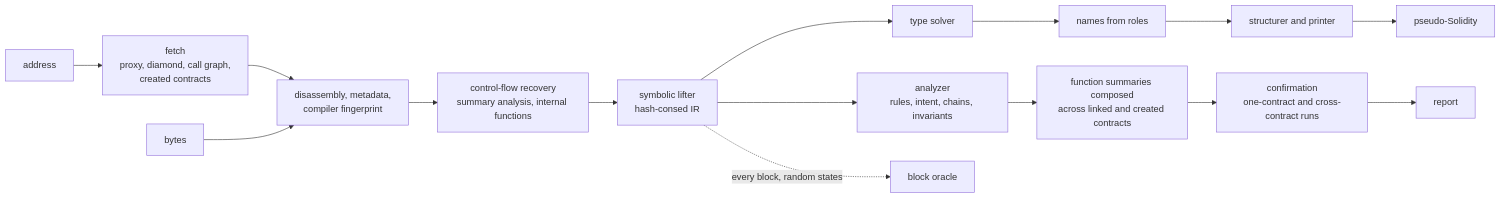
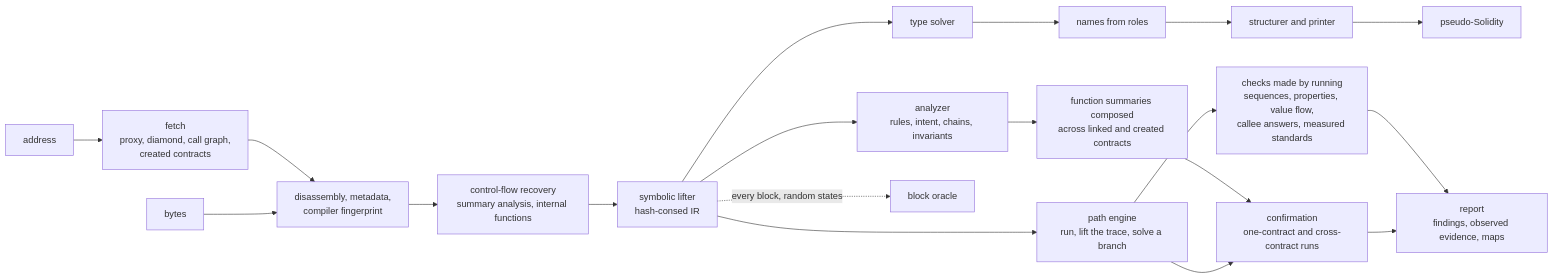
Before and after one commit to rink3y/Evmdec: the first of 2 diagrams in README.md, drawn with Mermaid. The commit also changed other lines of this file and 6 other files, not shown here.

First line of the commit message:
Document the checks made by running the code

````diff
--- a/README.md
+++ b/README.md
@@ -18,17 +18,21 @@
 ```mermaid
 flowchart LR
     A0[address] --> A1[fetch<br/>proxy, diamond, call graph,<br/>created contracts]
     A1 --> B
     A[bytes] --> B[disassembly, metadata,<br/>compiler fingerprint]
     B --> C[control-flow recovery<br/>summary analysis, internal functions]
     C --> D[symbolic lifter<br/>hash-consed IR]
     D --> E[type solver]
     E --> N[names from roles]
     N --> F[structurer and printer]
     F --> G[pseudo-Solidity]
     D --> H[analyzer<br/>rules, intent, chains, invariants]
     H --> S[function summaries composed<br/>across linked and created contracts]
     S --> I[confirmation<br/>one-contract and cross-contract runs]
-    I --> J[report]
+    D --> P[path engine<br/>run, lift the trace, solve a branch]
+    P --> Q[checks made by running<br/>sequences, properties, value flow,<br/>callee answers, measured standards]
+    P --> I
+    Q --> J
+    I --> J[report<br/>findings, observed evidence, maps]
     D -. every block, random states .-> K[block oracle]
 ```
````
